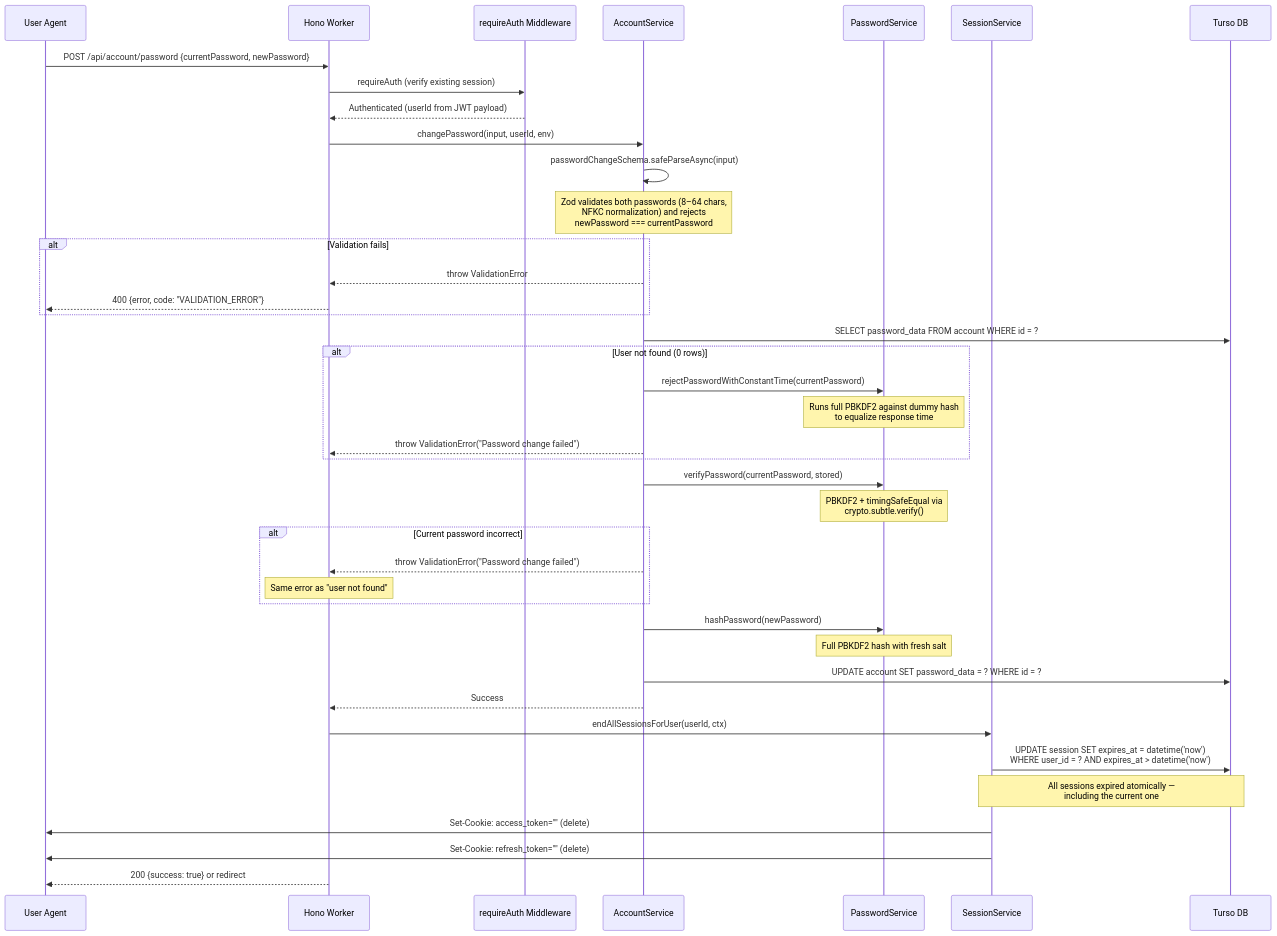
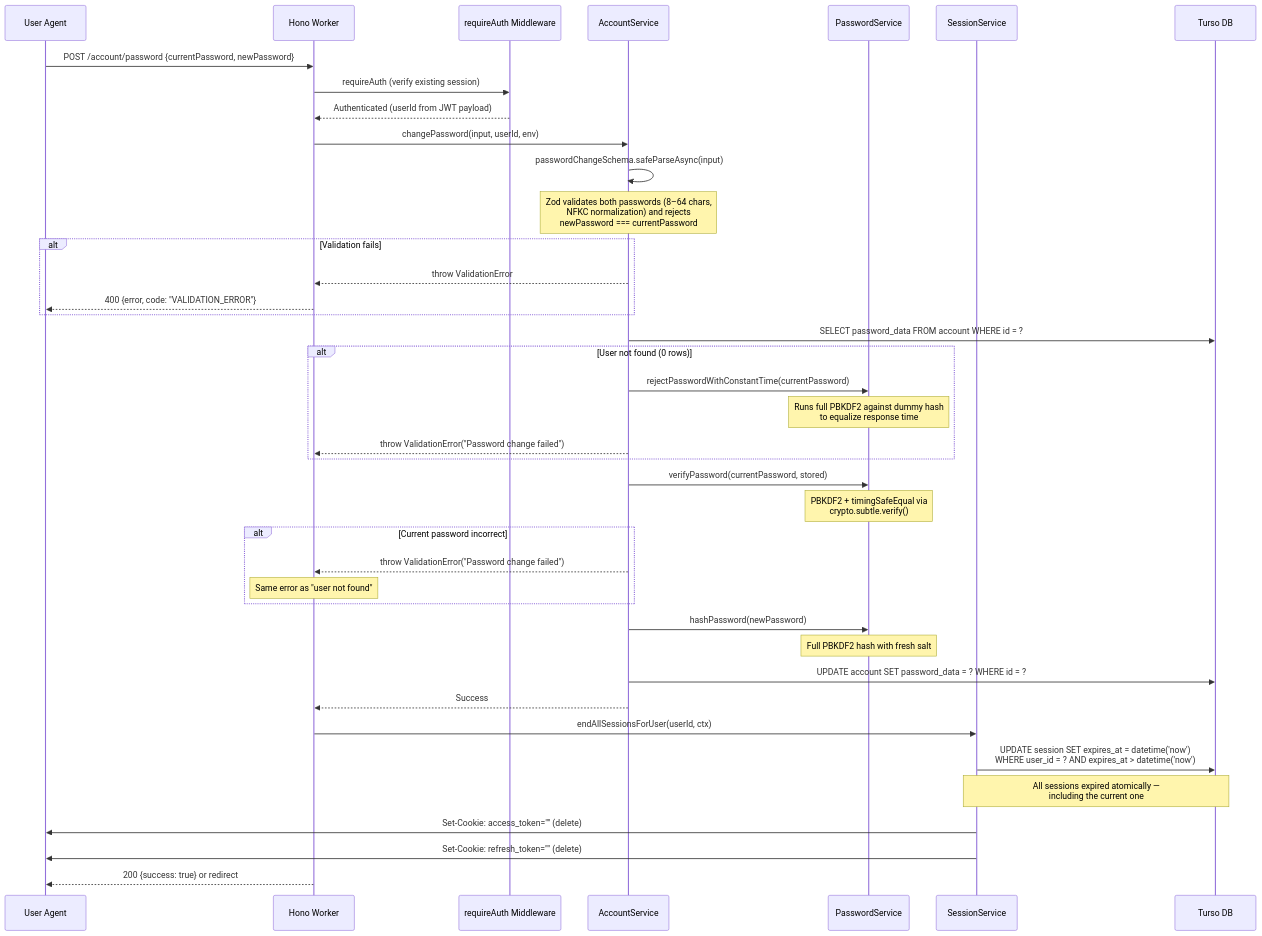
One commit to vhscom/private-landing changed the sixth of 6 diagrams in docs/flows.md. Above: the diagram before and after it, drawn with Mermaid. The commit also changed other lines of this file and 17 other files, not shown here.

````diff
--- a/docs/flows.md
+++ b/docs/flows.md
@@ -245,53 +245,53 @@
 ```mermaid
 sequenceDiagram
   participant U as User Agent
   participant H as Hono Worker
   participant MW as requireAuth Middleware
   participant AS as AccountService
   participant PS as PasswordService
   participant SS as SessionService
   participant DB as Turso DB
 
-  U->>H: POST /api/account/password {currentPassword, newPassword}
+  U->>H: POST /account/password {currentPassword, newPassword}
   H->>MW: requireAuth (verify existing session)
   MW-->>H: Authenticated (userId from JWT payload)
 
   H->>AS: changePassword(input, userId, env)
 
   AS->>AS: passwordChangeSchema.safeParseAsync(input)
   Note over AS: Zod validates both passwords (8–64 chars,<br/>NFKC normalization) and rejects<br/>newPassword === currentPassword
 
   alt Validation fails
     AS-->>H: throw ValidationError
     H-->>U: 400 {error, code: "VALIDATION_ERROR"}
   end
 
   AS->>DB: SELECT password_data FROM account WHERE id = ?
 
   alt User not found (0 rows)
     AS->>PS: rejectPasswordWithConstantTime(currentPassword)
     Note over PS: Runs full PBKDF2 against dummy hash<br/>to equalize response time
     AS-->>H: throw ValidationError("Password change failed")
   end
 
   AS->>PS: verifyPassword(currentPassword, stored)
   Note over PS: PBKDF2 + timingSafeEqual via<br/>crypto.subtle.verify()
 
   alt Current password incorrect
     AS-->>H: throw ValidationError("Password change failed")
     Note over H: Same error as "user not found"
   end
 
   AS->>PS: hashPassword(newPassword)
   Note over PS: Full PBKDF2 hash with fresh salt
   AS->>DB: UPDATE account SET password_data = ? WHERE id = ?
   AS-->>H: Success
 
   H->>SS: endAllSessionsForUser(userId, ctx)
   SS->>DB: UPDATE session SET expires_at = datetime('now')<br/>WHERE user_id = ? AND expires_at > datetime('now')
   Note over SS,DB: All sessions expired atomically —<br/>including the current one
   SS->>U: Set-Cookie: access_token="" (delete)
   SS->>U: Set-Cookie: refresh_token="" (delete)
 
   H-->>U: 200 {success: true} or redirect
 ```
````
